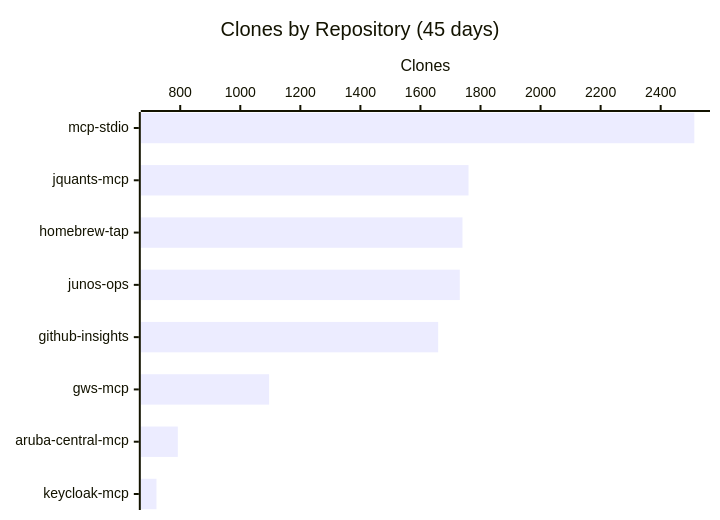
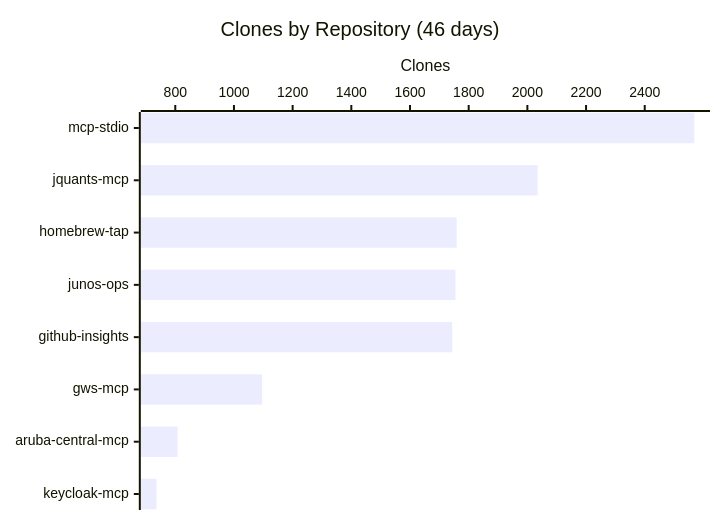
The third of 3 diagrams in README.md (shigechika/github-insights), drawn with Mermaid before and after one commit. The commit also changed other lines of this file and 2 other files, not shown here.

````diff
--- a/README.md
+++ b/README.md
@@ -36,7 +36,7 @@
 ```mermaid
 xychart-beta horizontal
-    title "Clones by Repository (45 days)"
+    title "Clones by Repository (46 days)"
     x-axis ["mcp-stdio", "jquants-mcp", "homebrew-tap", "junos-ops", "github-insights", "gws-mcp", "aruba-central-mcp", "keycloak-mcp"]
     y-axis "Clones"
-    bar [2512, 1760, 1740, 1731, 1659, 1096, 792, 721]
+    bar [2569, 2035, 1759, 1755, 1744, 1096, 808, 736]
 ```
````
